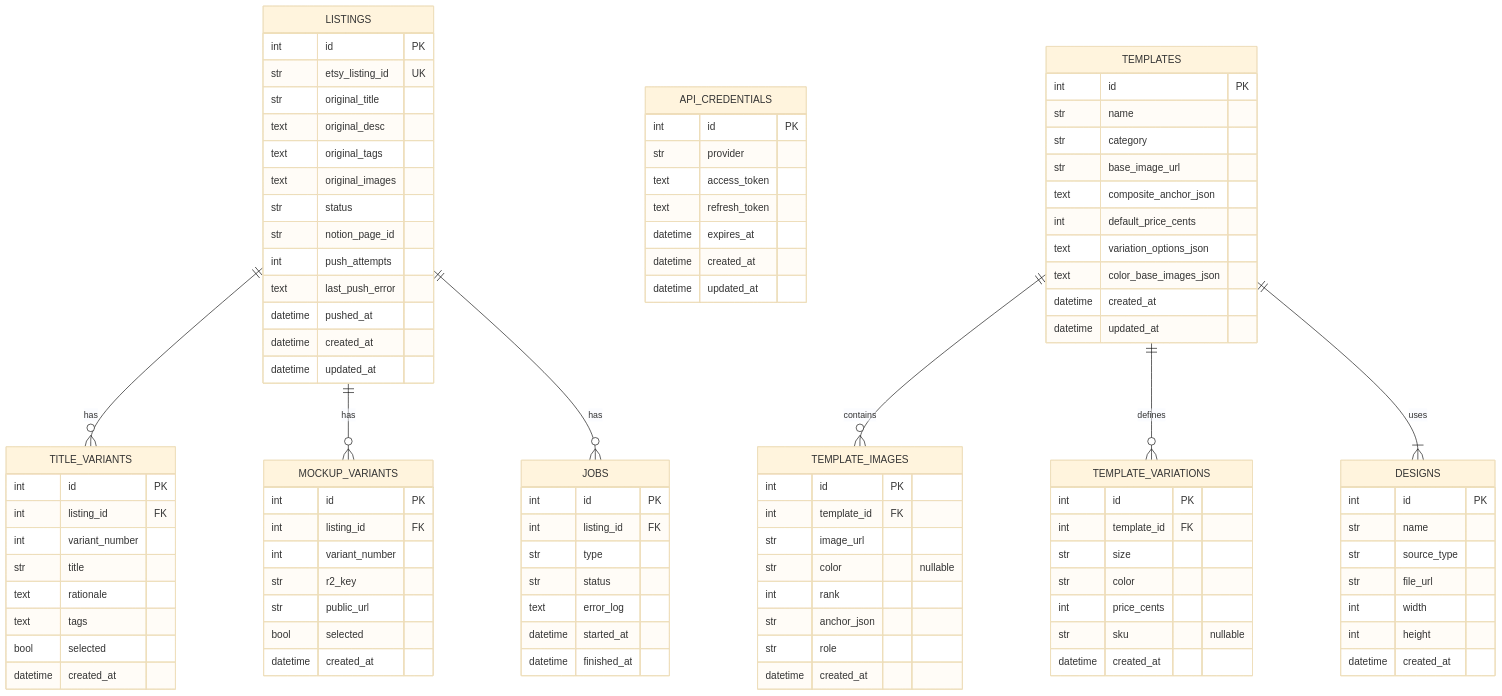
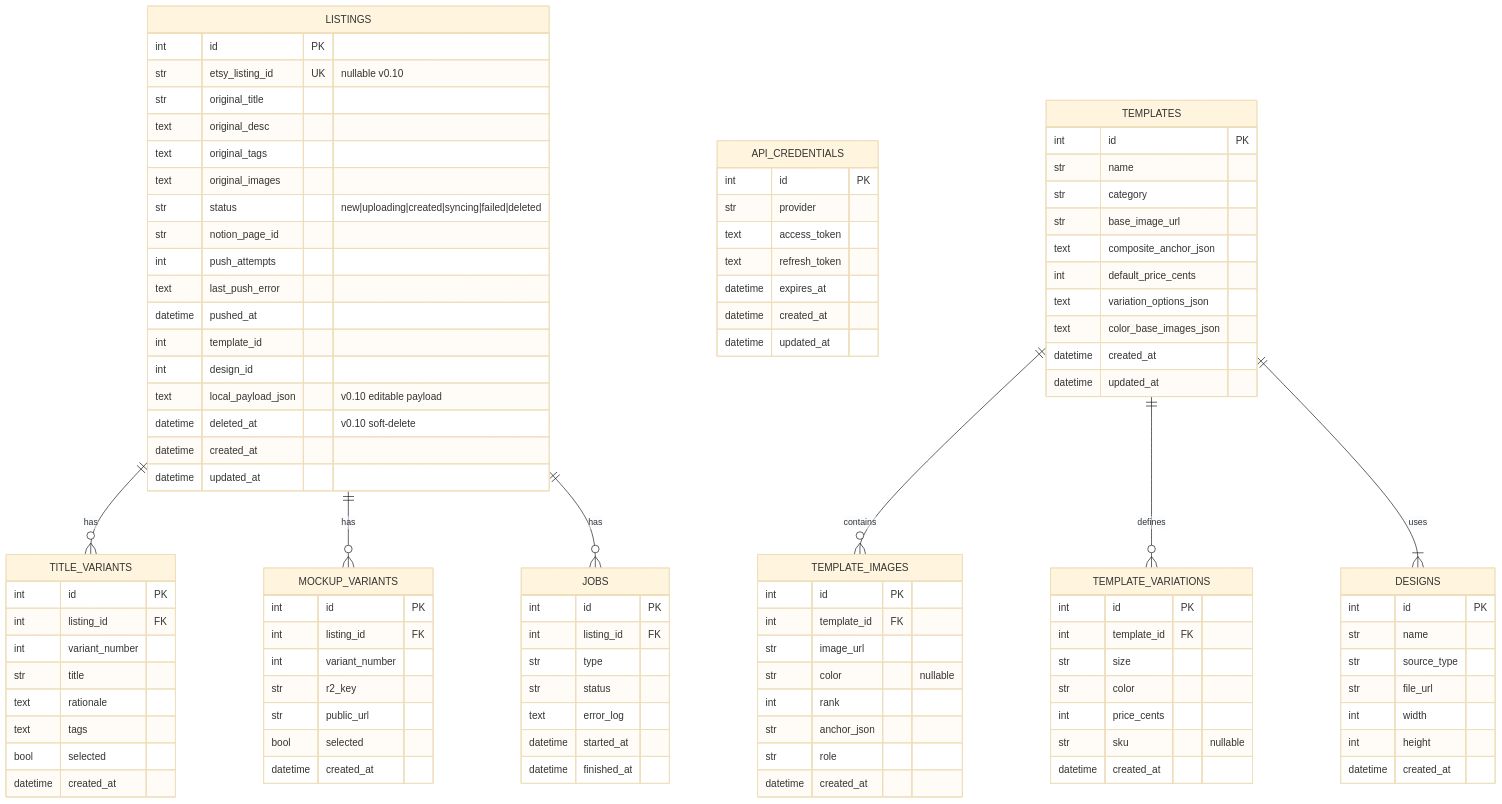
Before and after one commit to trungsin/etsyauto: the fourth of 4 diagrams in docs/system-architecture.md, drawn with Mermaid (base theme). The commit also changed other lines of this file and 4 other files, not shown here.

First line of the commit message:
docs(listings): v0.10 changelog, codebase summary, architecture, roadmap

```diff
--- a/docs/system-architecture.md
+++ b/docs/system-architecture.md
@@ -267,16 +286,20 @@
 erDiagram
     LISTINGS {
         int id PK
-        str etsy_listing_id UK
+        str etsy_listing_id UK "nullable v0.10"
         str original_title
         text original_desc
         text original_tags
         text original_images
-        str status
+        str status "new|uploading|created|syncing|failed|deleted"
         str notion_page_id
         int push_attempts
         text last_push_error
         datetime pushed_at
+        int template_id
+        int design_id
+        text local_payload_json "v0.10 editable payload"
+        datetime deleted_at "v0.10 soft-delete"
         datetime created_at
         datetime updated_at
     }
```
